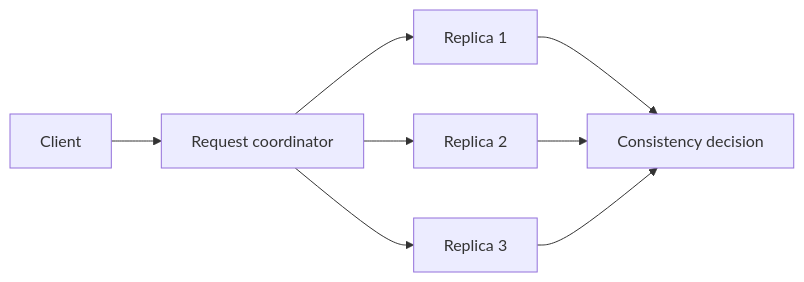
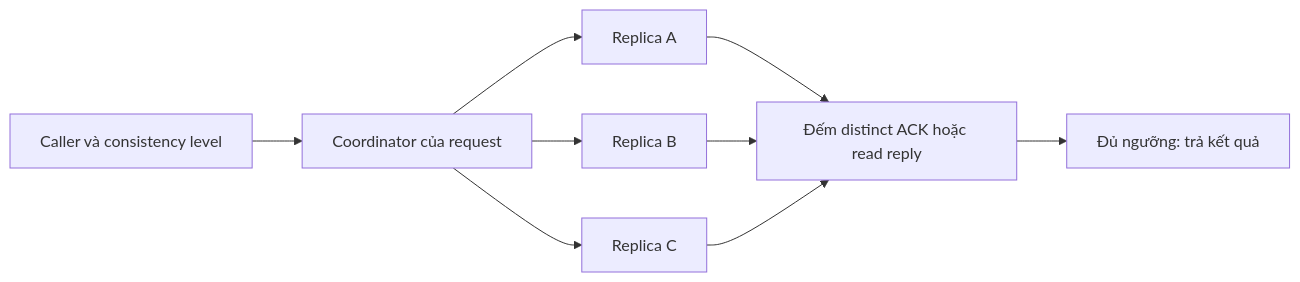
The diagram in scylla/reimplement/feature/06-leaderless-replication-and-consistency.md (flynn3103/engineer-lab), drawn with Mermaid before and after one commit. The commit also changed other lines of this file and 26 other files, not shown here.

````diff
--- a/scylla/reimplement/feature/06-leaderless-replication-and-consistency.md
+++ b/scylla/reimplement/feature/06-leaderless-replication-and-consistency.md
@@ -16,10 +24,11 @@
 ```mermaid
 flowchart LR
-    C[Client] --> Q[Request coordinator]
-    Q --> R1[Replica 1]
-    Q --> R2[Replica 2]
-    Q --> R3[Replica 3]
-    R1 --> A[Consistency decision]
-    R2 --> A
-    R3 --> A
+    C[Caller và consistency level] --> Q[Coordinator của request]
+    Q --> A[Replica A]
+    Q --> B[Replica B]
+    Q --> D[Replica C]
+    A --> G[Đếm distinct ACK hoặc read reply]
+    B --> G
+    D --> G
+    G --> R[Đủ ngưỡng: trả kết quả]
 ```
````
